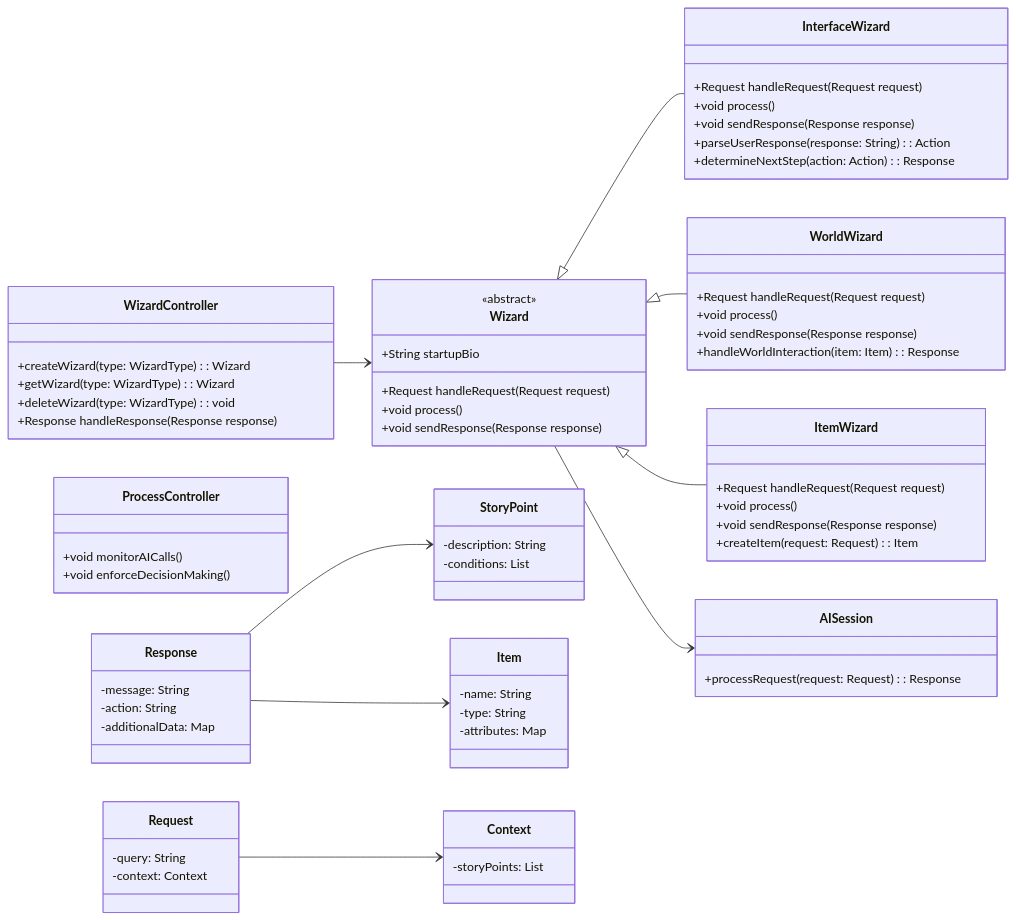
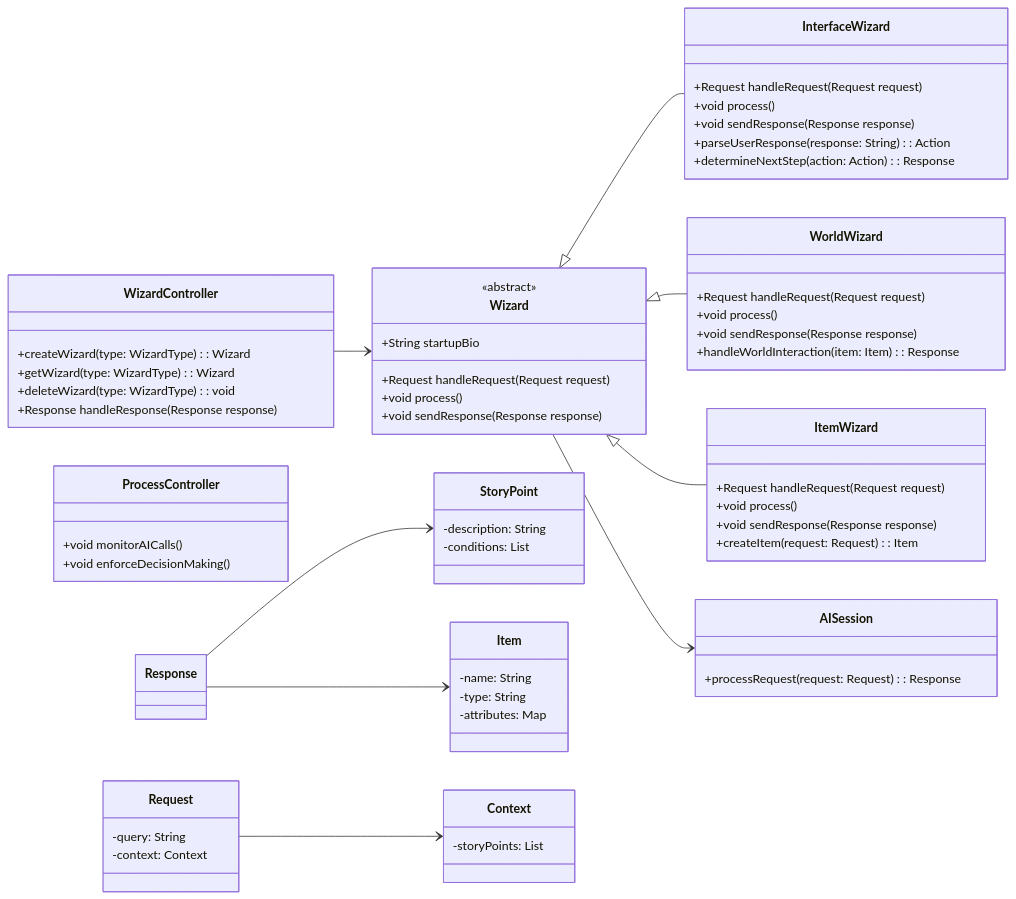
The diagram in story_blender/lib/src/docs/overview.md (HarryJSCave/StoryBlender), drawn with Mermaid before and after one commit. The commit also changed other lines of this file and 14 other files, not shown here.

```diff
--- a/story_blender/lib/src/docs/overview.md
+++ b/story_blender/lib/src/docs/overview.md
@@ -60,11 +121,7 @@
         -context: Context
     }
 
-    class Response {
-        -message: String
-        -action: String
-        -additionalData: Map<String, Object>
-    }
+
 
     class StoryPoint {
         -description: String
```
